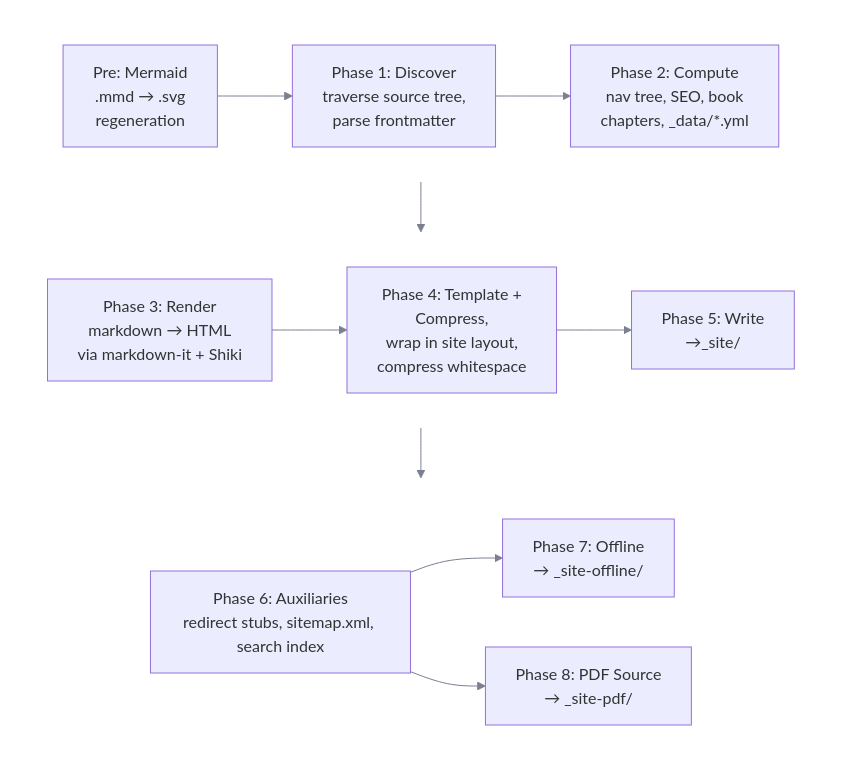
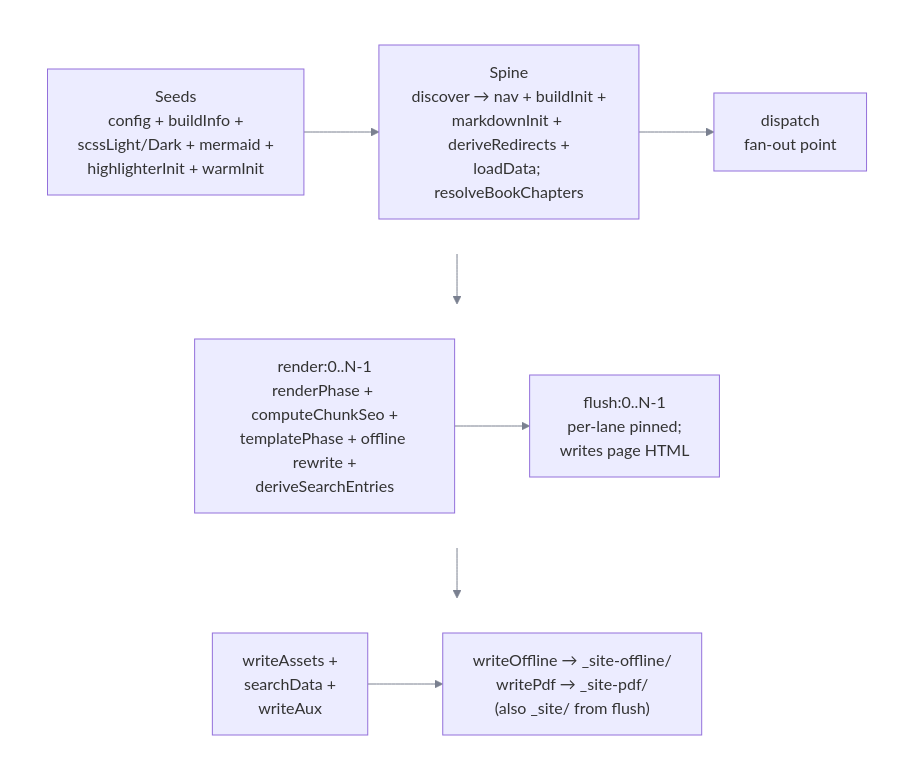
The diagram in docs/assets/images/mmd/build-phases.mmd (twinbasic/documentation), drawn with Mermaid before and after one commit. The commit also changed 9 other files, not shown here.

```diff
--- a/docs/assets/images/mmd/build-phases.mmd
+++ b/docs/assets/images/mmd/build-phases.mmd
@@ -1,23 +1,21 @@
 %%{init: {"themeVariables": {"clusterBkg": "transparent", "clusterBorder": "transparent", "lineColor": "#7a8090"}}}%%
 flowchart TB
     subgraph row1 [ ]
         direction LR
-        PRE["Pre: Mermaid<br>.mmd → .svg<br>regeneration"] --> 
-		P1["Phase 1: Discover<br>traverse source tree,<br>parse frontmatter"] --> 
-		P2["Phase 2: Compute<br>nav tree, SEO, book<br>chapters, _data/*.yml"]
+        SEEDS["Seeds<br>config + buildInfo +<br>scssLight/Dark + mermaid +<br>highlighterInit + warmInit"] -->
+        SPINE["Spine<br>discover → nav + buildInit +<br>markdownInit + deriveRedirects +<br>loadData; resolveBookChapters"] -->
+        DISPATCH["dispatch<br>fan-out point"]
     end
     subgraph row2 [ ]
         direction LR
-		P3["Phase 3: Render<br>markdown → HTML<br>via markdown-it + Shiki"] -->
-        P4["Phase 4: Template +<br>Compress,<br>wrap in site layout,<br>compress whitespace"] --> 
-		P5["Phase 5: Write<br>→_site/"]
+        RENDER["render:0..N-1<br>renderPhase + computeChunkSeo +<br>templatePhase + offline rewrite +<br>deriveSearchEntries"] -->
+        FLUSH["flush:0..N-1<br>per-lane pinned;<br>writes page HTML"]
     end
-	subgraph row3 [ ]
+    subgraph row3 [ ]
         direction LR
-        P6["Phase 6: Auxiliaries<br>redirect stubs, sitemap.xml, search index"]
-        P6 --> P7["Phase 7: Offline<br>→ _site-offline/"]
-        P6 --> P8["Phase 8: PDF Source<br>→ _site-pdf/"]
+        ASSETS["writeAssets +<br>searchData +<br>writeAux"] -->
+        OUTPUTS["writeOffline → _site-offline/<br>writePdf → _site-pdf/<br>(also _site/ from flush)"]
     end
 
-    P2 --> P3
-	P5 --> P6
+    DISPATCH --> RENDER
+    FLUSH --> ASSETS
```
